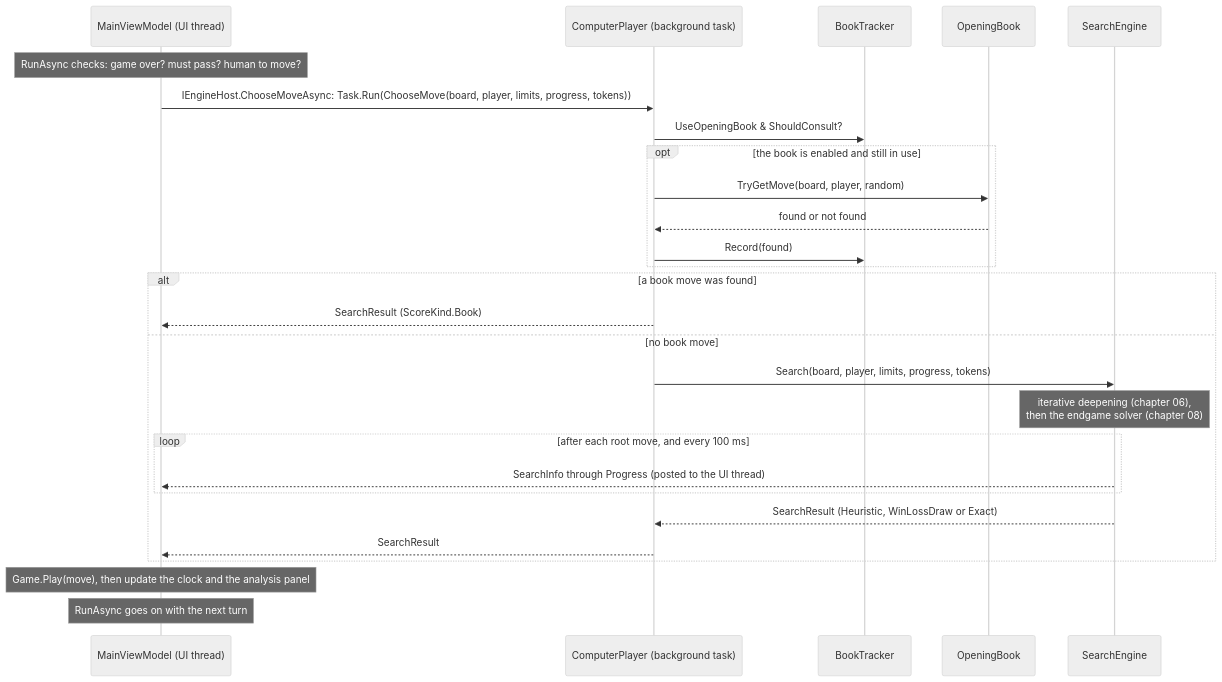
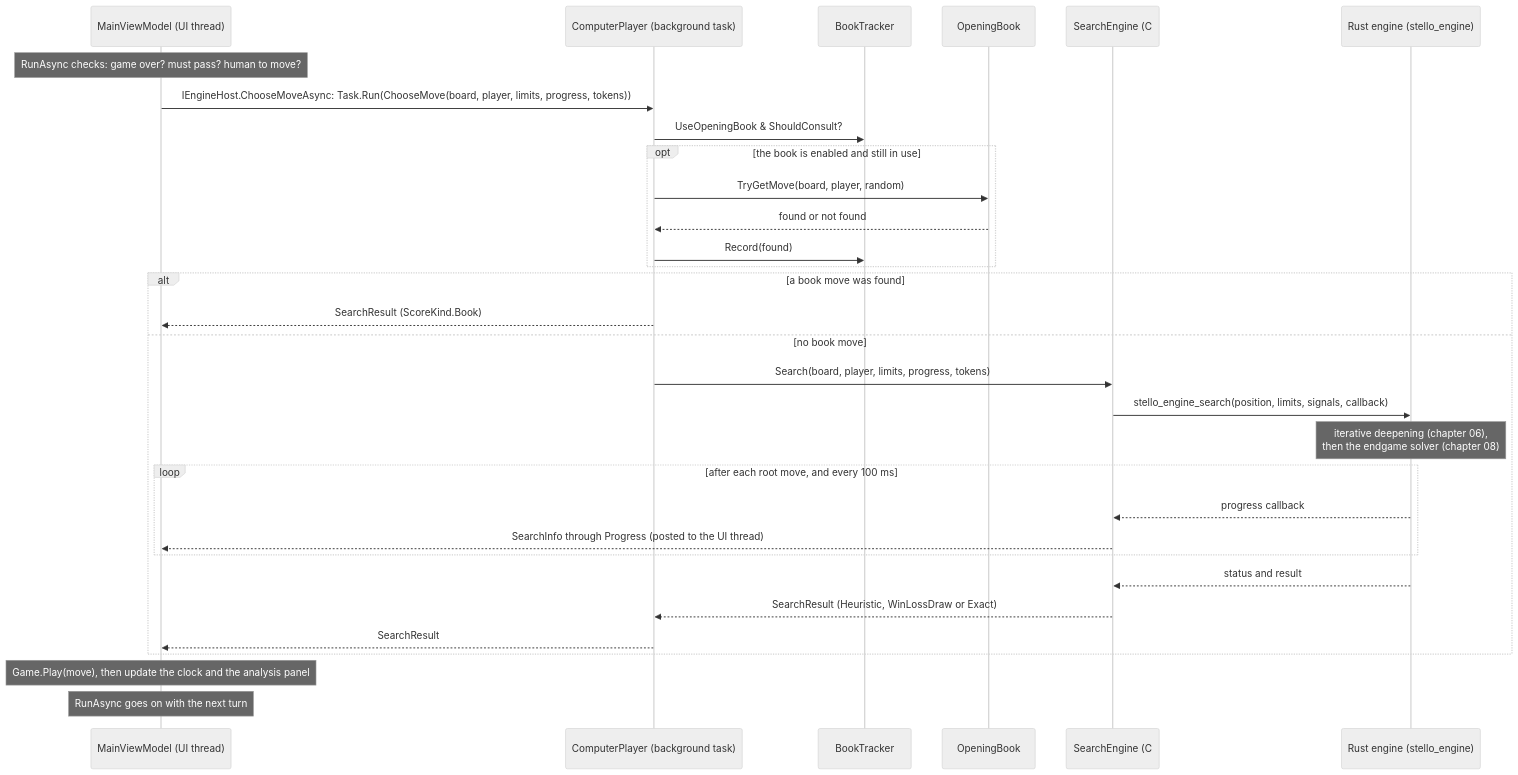
Before and after one commit to cjp-dev/Stello: the fourth of 4 diagrams in docs/01-overview.md, drawn with Mermaid (neutral theme). The commit also changed other lines of this file and 26 other files, not shown here.

First line of the commit message:
Stello 3.0 phase 4: About shows 3.0; the docs describe the Rust engine

````diff
--- a/docs/01-overview.md
+++ b/docs/01-overview.md
@@ -220,29 +244,33 @@
 ```mermaid
 sequenceDiagram
     participant VM as MainViewModel (UI thread)
     participant CP as ComputerPlayer (background task)
     participant BT as BookTracker
     participant OB as OpeningBook
-    participant SE as SearchEngine
+    participant SE as SearchEngine (C# wrapper)
+    participant R as Rust engine (stello_engine)
     Note over VM: RunAsync checks: game over? must pass? human to move?
     VM->>CP: IEngineHost.ChooseMoveAsync: Task.Run(ChooseMove(board, player, limits, progress, tokens))
     CP->>BT: UseOpeningBook & ShouldConsult?
     opt the book is enabled and still in use
         CP->>OB: TryGetMove(board, player, random)
         OB-->>CP: found or not found
         CP->>BT: Record(found)
     end
     alt a book move was found
         CP-->>VM: SearchResult (ScoreKind.Book)
     else no book move
         CP->>SE: Search(board, player, limits, progress, tokens)
-        Note over SE: iterative deepening (chapter 06),<br/>then the endgame solver (chapter 08)
+        SE->>R: stello_engine_search(position, limits, signals, callback)
+        Note over R: iterative deepening (chapter 06),<br/>then the endgame solver (chapter 08)
         loop after each root move, and every 100 ms
+            R-->>SE: progress callback
             SE-->>VM: SearchInfo through Progress (posted to the UI thread)
         end
+        R-->>SE: status and result
         SE-->>CP: SearchResult (Heuristic, WinLossDraw or Exact)
         CP-->>VM: SearchResult
     end
     Note over VM: Game.Play(move), then update the clock and the analysis panel
     Note over VM: RunAsync goes on with the next turn
 ```
````
